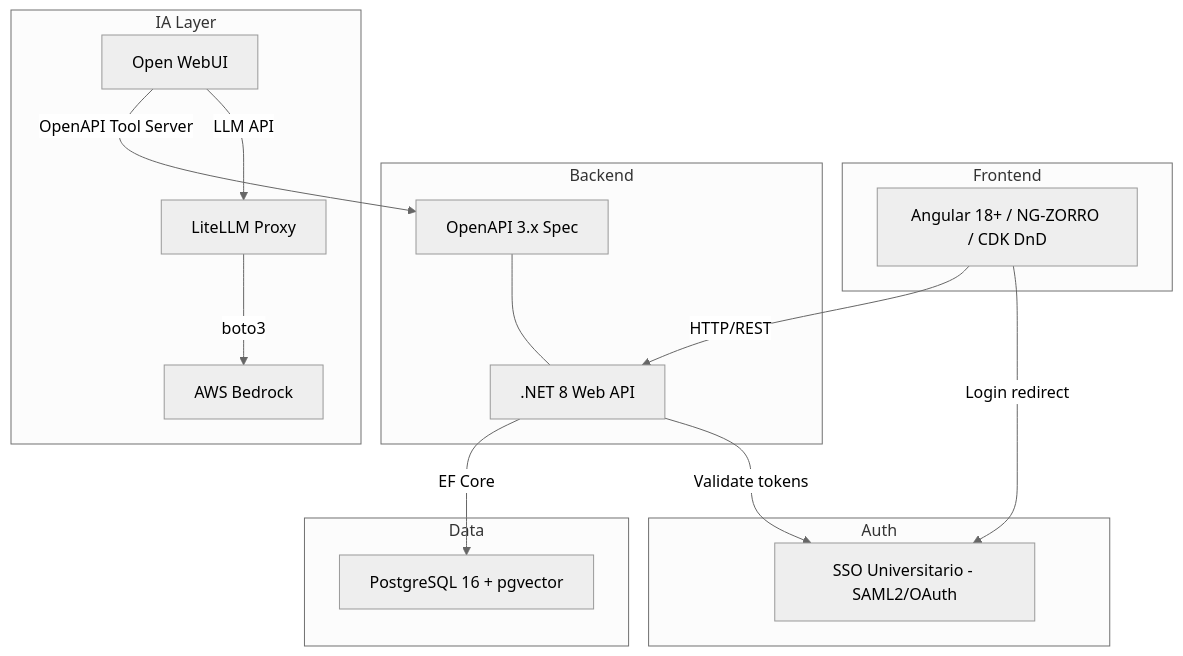
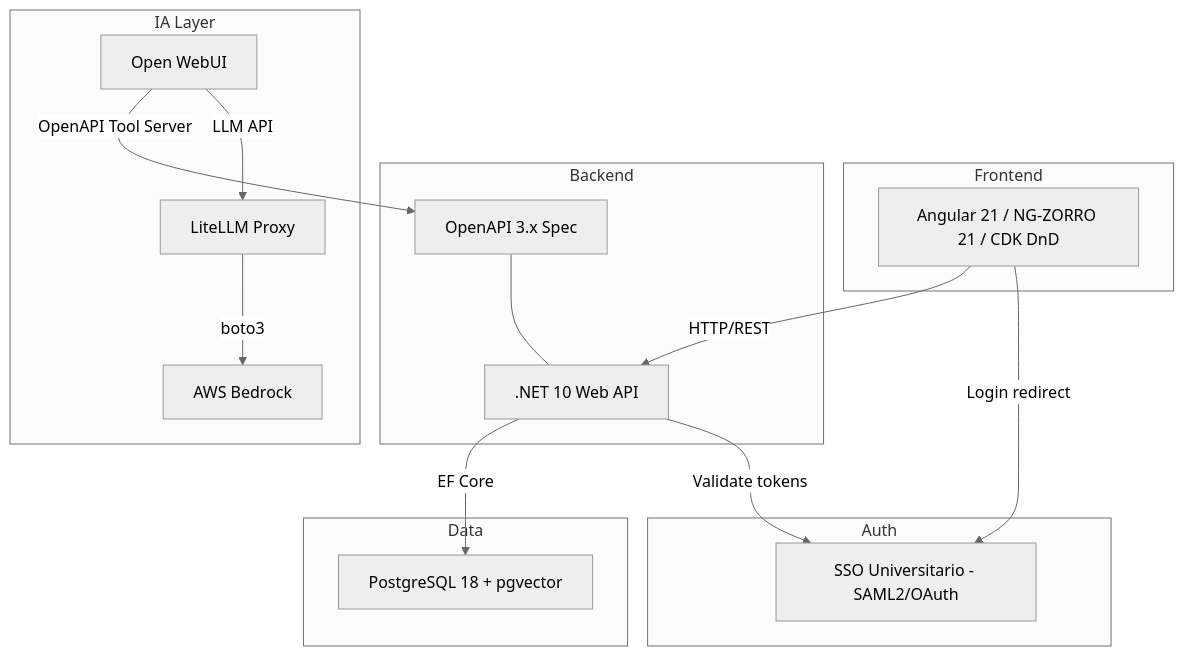
One commit to angellvl-umh/cartera-proyectos changed the first of 2 diagrams in docs/01-stack-tecnico.md. Above: the diagram before and after it, drawn with Mermaid (neutral theme). The commit also changed other lines of this file and 2 other files, not shown here.

Commit message:
docs: update technical stack and authentication flow details for Angular 21 and .NET 10 integration

````diff
--- a/docs/01-stack-tecnico.md
+++ b/docs/01-stack-tecnico.md
@@ -9,34 +9,34 @@
 ```mermaid
 graph TB
     subgraph "Frontend"
-        A[Angular 18+ / NG-ZORRO / CDK DnD]
+        A[Angular 21 / NG-ZORRO 21 / CDK DnD]
     end
 
     subgraph "Backend"
-        B[.NET 8 Web API]
+        B[.NET 10 Web API]
         C[OpenAPI 3.x Spec]
     end
 
     subgraph "Data"
-        D[PostgreSQL 16 + pgvector]
+        D[PostgreSQL 18 + pgvector]
     end
 
     subgraph "IA Layer"
         E[Open WebUI]
         F[LiteLLM Proxy]
         G[AWS Bedrock]
     end
 
     subgraph "Auth"
         H[SSO Universitario - SAML2/OAuth]
     end
 
     A -->|HTTP/REST| B
     E -->|OpenAPI Tool Server| C
     C --- B
     B -->|EF Core| D
     E -->|LLM API| F
     F -->|boto3| G
     B -->|Validate tokens| H
     A -->|Login redirect| H
 ```
````
